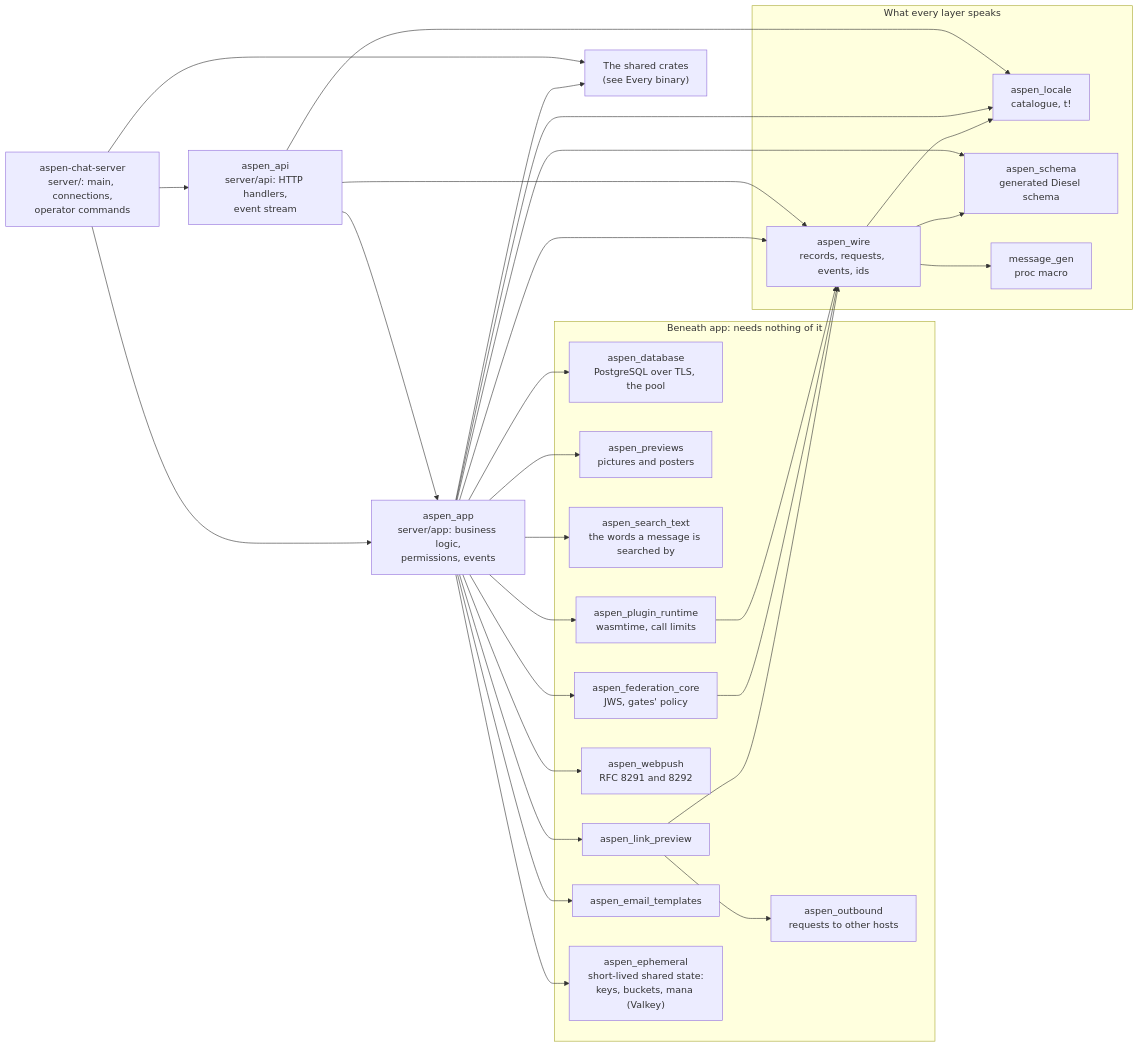
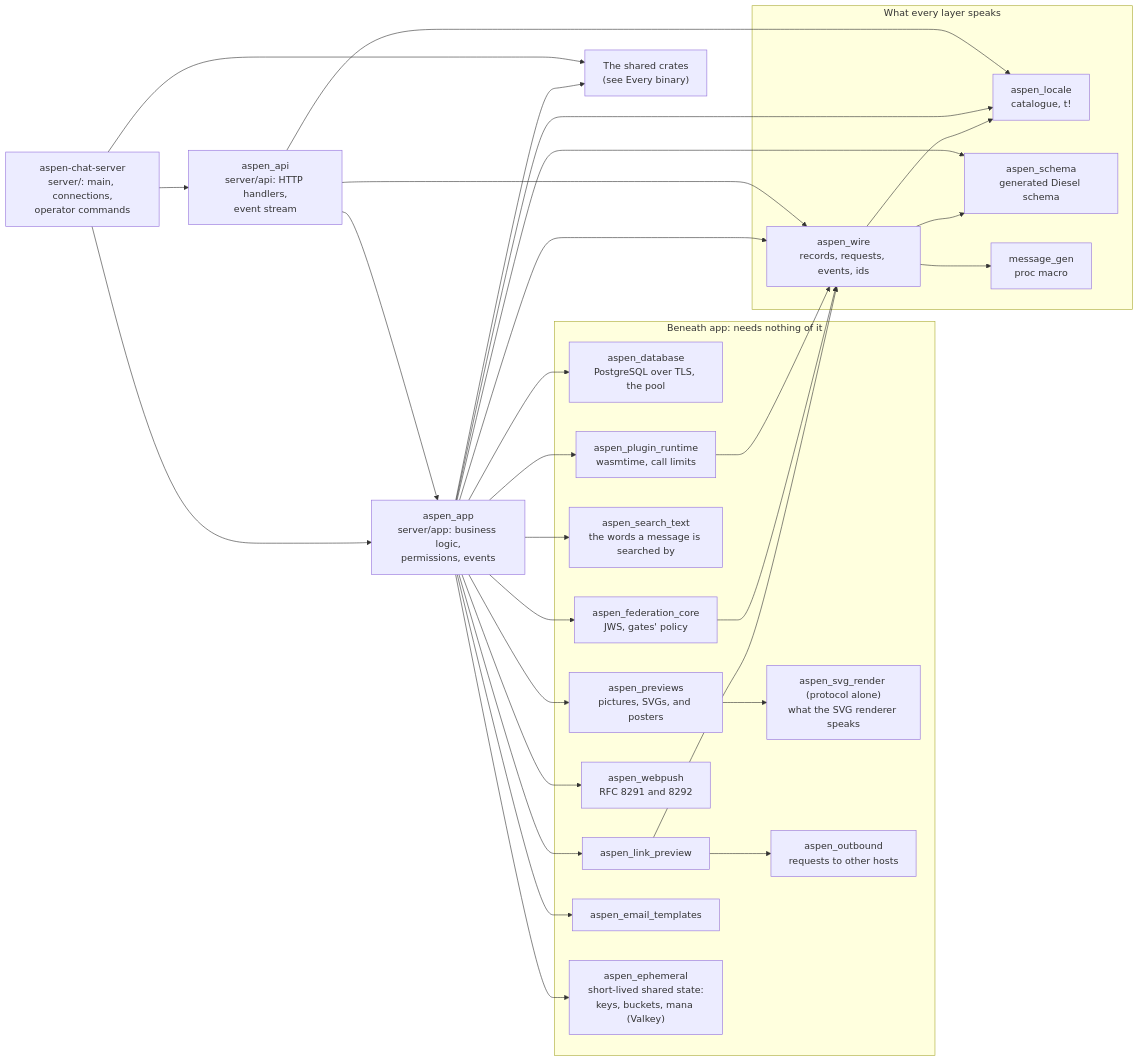
The first of 3 diagrams in docs/diagrams/crates.md (aspen-chat/aspen-chat-server), drawn with Mermaid before and after one commit. The commit also changed other lines of this file and 70 other files, not shown here.

````diff
--- a/docs/diagrams/crates.md
+++ b/docs/diagrams/crates.md
@@ -12,38 +12,40 @@
 ```mermaid
 flowchart LR
     bin["aspen-chat-server<br/>server/: main, connections,<br/>operator commands"]
     api["aspen_api<br/>server/api: HTTP handlers,<br/>event stream"]
     app["aspen_app<br/>server/app: business logic,<br/>permissions, events"]
 
     subgraph beneath["Beneath app: needs nothing of it"]
         database["aspen_database<br/>PostgreSQL over TLS, the pool"]
-        previews["aspen_previews<br/>pictures and posters"]
+        previews["aspen_previews<br/>pictures, SVGs, and posters"]
+        svg_protocol["aspen_svg_render (protocol alone)<br/>what the SVG renderer speaks"]
         search_text["aspen_search_text<br/>the words a message is searched by"]
         plugin_rt["aspen_plugin_runtime<br/>wasmtime, call limits"]
         link_preview["aspen_link_preview"]
         outbound["aspen_outbound<br/>requests to other hosts"]
         webpush["aspen_webpush<br/>RFC 8291 and 8292"]
         fed_core["aspen_federation_core<br/>JWS, gates' policy"]
         email_tpl["aspen_email_templates"]
         ephemeral["aspen_ephemeral<br/>short-lived shared state:<br/>keys, buckets, mana (Valkey)"]
     end
 
     subgraph foundation["What every layer speaks"]
         wire["aspen_wire<br/>records, requests, events, ids"]
         locale["aspen_locale<br/>catalogue, t!"]
         schema["aspen_schema<br/>generated Diesel schema"]
         message_gen["message_gen<br/>proc macro"]
     end
 
     shared["The shared crates<br/>(see Every binary)"]
 
     bin --> api --> app
     bin --> app
     app --> database & previews & search_text & plugin_rt & link_preview & webpush & fed_core & email_tpl & ephemeral
     link_preview --> outbound
+    previews --> svg_protocol
     plugin_rt & fed_core & link_preview --> wire
     api & app --> wire & locale
     app --> schema
     wire --> message_gen & schema & locale
     bin & app --> shared
 ```
````
